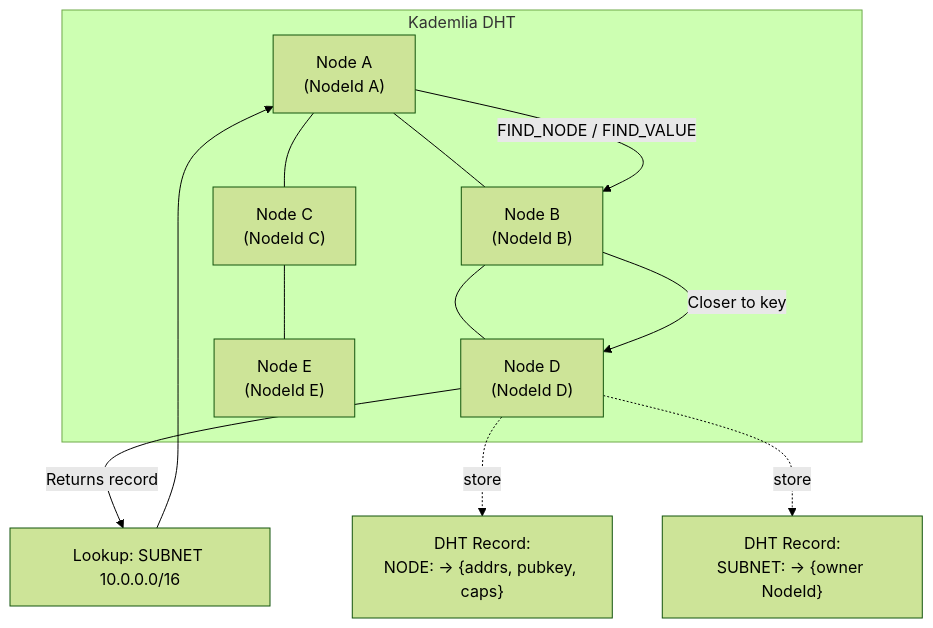
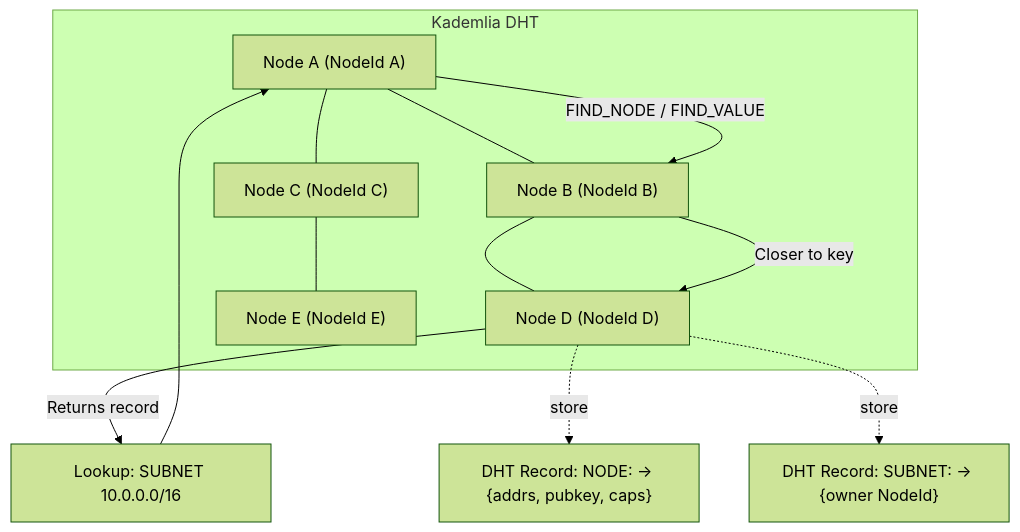
The third of 3 diagrams in diagrams/architecture.md (quicether/book), drawn with Mermaid (forest theme) before and after one commit. The commit also changed 1 other file, not shown here.

Commit message:
Refactor DHT diagrams for clarity and consistency in node representation

````diff
--- a/diagrams/architecture.md
+++ b/diagrams/architecture.md
@@ -97,30 +97,30 @@
 ```mermaid
 graph TD
     %% DHT nodes forming the overlay
     subgraph DHTCluster["Kademlia DHT"]
-        A["Node A\n(NodeId A)"]
-        B["Node B\n(NodeId B)"]
-        C["Node C\n(NodeId C)"]
-        D["Node D\n(NodeId D)"]
-        E["Node E\n(NodeId E)"]
+        A["Node A (NodeId A)"]
+        B["Node B (NodeId B)"]
+        C["Node C (NodeId C)"]
+        D["Node D (NodeId D)"]
+        E["Node E (NodeId E)"]
     end
 
     %% Bucket relationships (logical)
     A --- B
     A --- C
     B --- D
     C --- E
 
     %% Lookup flow
     CLIENT["Lookup: SUBNET 10.0.0.0/16"] --> A
     A -->|FIND_NODE / FIND_VALUE| B
     B -->|Closer to key| D
     D -->|Returns record| CLIENT
 
     %% Record types
-    RECORD_NODE["DHT Record:\nNODE:<NodeId> → {addrs, pubkey, caps}"]
-    RECORD_SUBNET["DHT Record:\nSUBNET:<CIDR> → {owner NodeId}"]
+    RECORD_NODE["DHT Record: NODE:<NodeId> → {addrs, pubkey, caps}"]
+    RECORD_SUBNET["DHT Record: SUBNET:<CIDR> → {owner NodeId}"]
 
     D -. store .-> RECORD_NODE
     D -. store .-> RECORD_SUBNET
 ```
````
